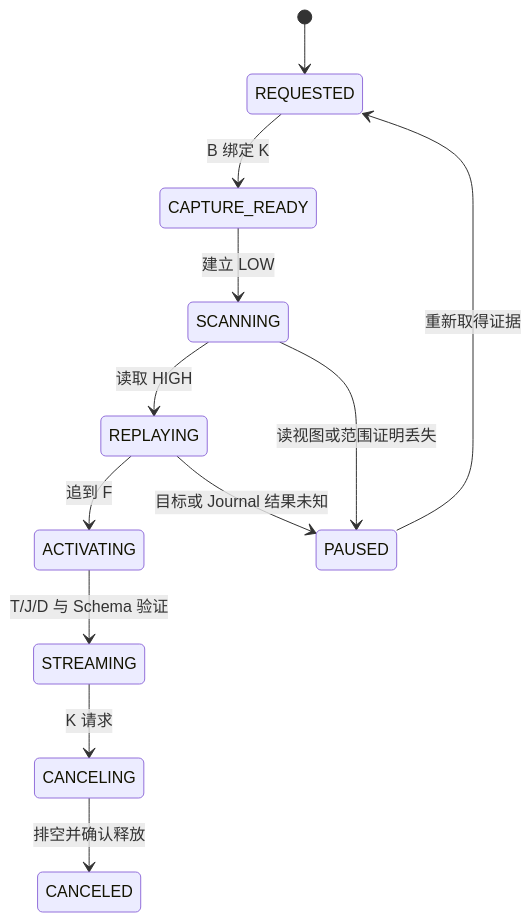
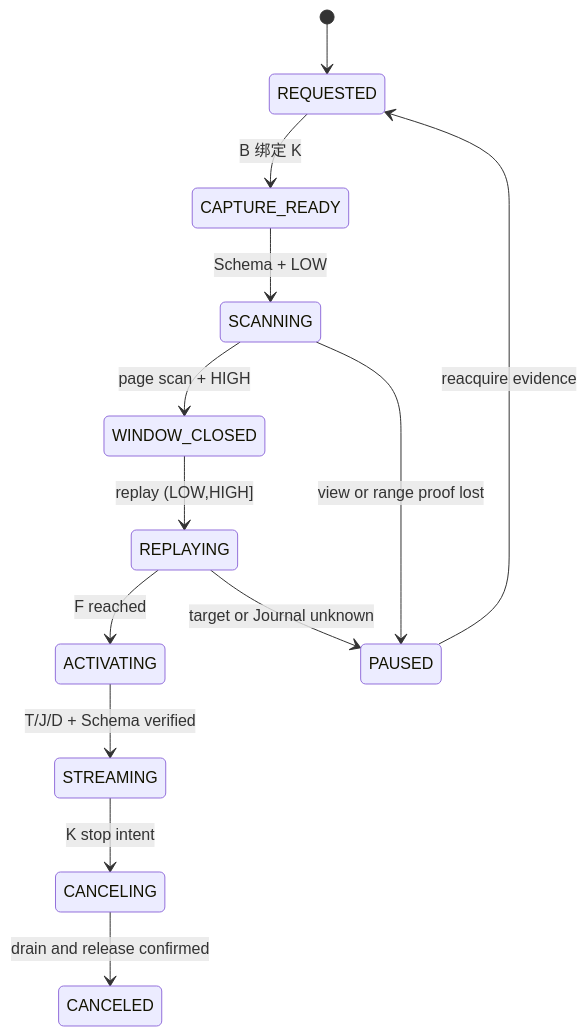
One commit to Xuxiaotuan/Xuxiaotuan.github.io changed the first of 2 diagrams in _posts/pekko/2026-10-18-pekko-cdc-4-protocol-design.md. Above: the diagram before and after it, drawn with Mermaid. The commit also changed other lines of this file and 2 other files, not shown here.

````diff
--- a/_posts/pekko/2026-10-18-pekko-cdc-4-protocol-design.md
+++ b/_posts/pekko/2026-10-18-pekko-cdc-4-protocol-design.md
@@ -48,14 +65,15 @@
 ```mermaid
 stateDiagram-v2
     [*] --> REQUESTED
     REQUESTED --> CAPTURE_READY: B 绑定 K
-    CAPTURE_READY --> SCANNING: 建立 LOW
-    SCANNING --> REPLAYING: 读取 HIGH
-    REPLAYING --> ACTIVATING: 追到 F
-    ACTIVATING --> STREAMING: T/J/D 与 Schema 验证
-    SCANNING --> PAUSED: 读视图或范围证明丢失
-    REPLAYING --> PAUSED: 目标或 Journal 结果未知
-    STREAMING --> CANCELING: K 请求
-    CANCELING --> CANCELED: 排空并确认释放
-    PAUSED --> REQUESTED: 重新取得证据
+    CAPTURE_READY --> SCANNING: Schema + LOW
+    SCANNING --> WINDOW_CLOSED: page scan + HIGH
+    WINDOW_CLOSED --> REPLAYING: replay (LOW,HIGH]
+    REPLAYING --> ACTIVATING: F reached
+    ACTIVATING --> STREAMING: T/J/D + Schema verified
+    SCANNING --> PAUSED: view or range proof lost
+    REPLAYING --> PAUSED: target or Journal unknown
+    STREAMING --> CANCELING: K stop intent
+    CANCELING --> CANCELED: drain and release confirmed
+    PAUSED --> REQUESTED: reacquire evidence
 ```
````
